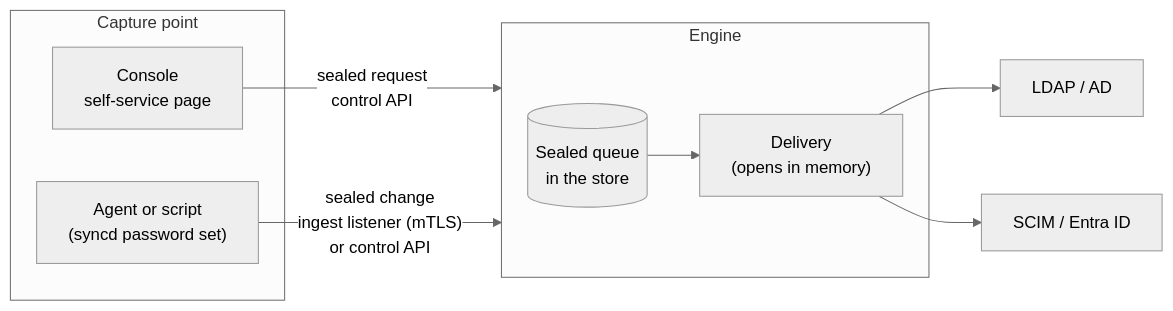
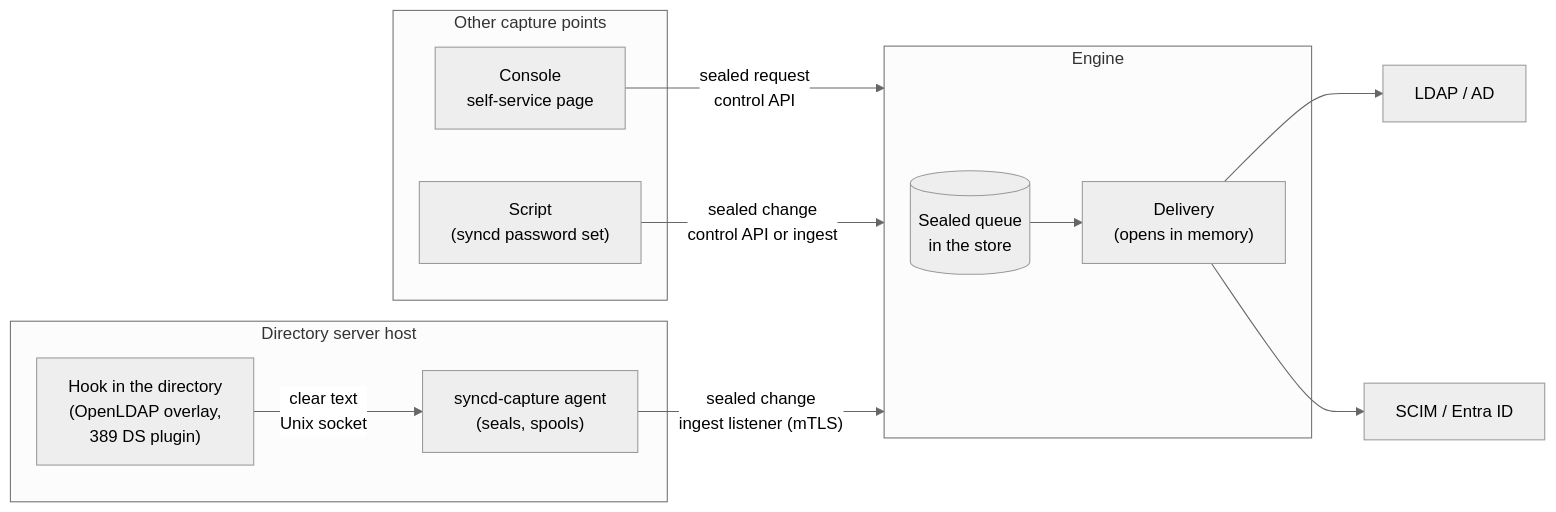
One commit to winllc/ens-apps-documentation changed the diagram in docs/syncd/password-sync.md. Above: the diagram before and after it, drawn with Mermaid (neutral theme). The commit also changed other lines of this file and 5 other files, not shown here.

First line of the commit message:
syncd 0.5.0: security, sign-in, FIPS, API, webhooks, accessibility, passwords

````diff
--- a/docs/syncd/password-sync.md
+++ b/docs/syncd/password-sync.md
@@ -71,16 +71,22 @@
 ```mermaid
 flowchart LR
-  subgraph capture["Capture point"]
+  subgraph DS["Directory server host"]
+    H["Hook in the directory<br/>(OpenLDAP overlay,<br/>389 DS plugin)"]
+    AG["syncd-capture agent<br/>(seals, spools)"]
+    H -- "clear text<br/>Unix socket" --> AG
+  end
+  subgraph capture["Other capture points"]
     SS["Console<br/>self-service page"]
-    AG["Agent or script<br/>(syncd password set)"]
+    SC["Script<br/>(syncd password set)"]
   end
   SS -- "sealed request<br/>control API" --> E
-  AG -- "sealed change<br/>ingest listener (mTLS)<br/>or control API" --> E
+  AG -- "sealed change<br/>ingest listener (mTLS)" --> E
+  SC -- "sealed change<br/>control API or ingest" --> E
   subgraph E["Engine"]
     Q[("Sealed queue<br/>in the store")]
     D["Delivery<br/>(opens in memory)"]
     Q --> D
   end
   D --> T1["LDAP / AD"]
   D --> T2["SCIM / Entra ID"]
 ```
````
